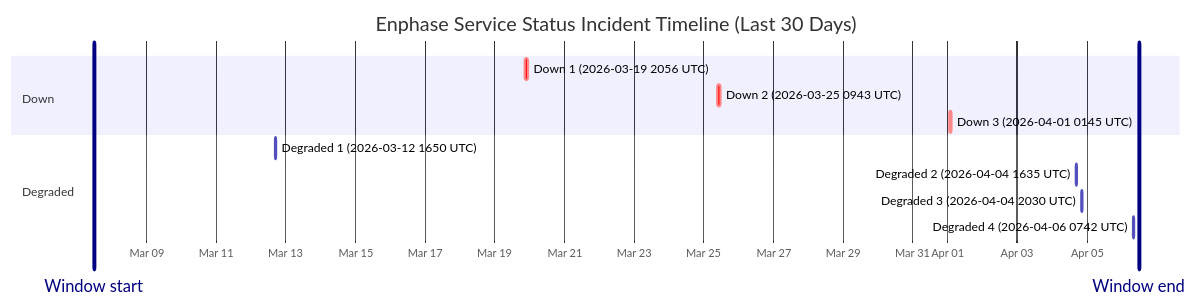
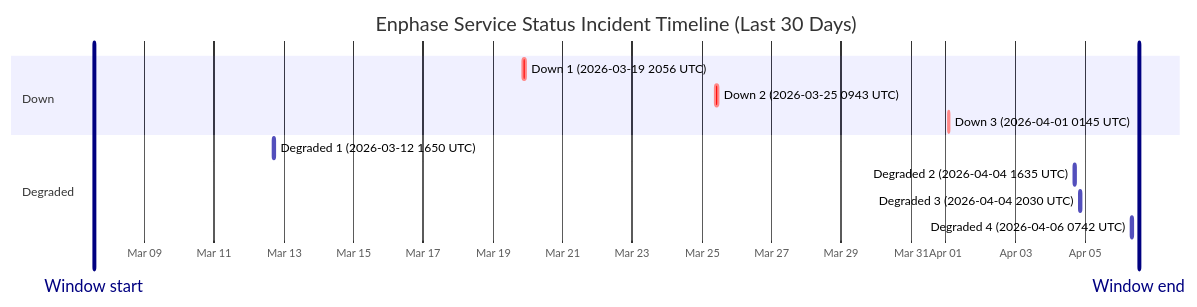
Before and after one commit to barneyonline/ha-enphase-ev-charger: the diagram in wiki/Service-Status-History.md, drawn with Mermaid. The commit also changed other lines of this file and 3 other files, not shown here.

````diff
--- a/wiki/Service-Status-History.md
+++ b/wiki/Service-Status-History.md
@@ -14,17 +14,17 @@
 ```mermaid
 gantt
     title Enphase Service Status Incident Timeline (Last 30 Days)
     dateFormat  YYYY-MM-DDTHH:mm:ss
     axisFormat  %b %d
-    Window start :vert, window-start, 2026-03-07T11:49:05, 0ms
-    Window end :vert, window-end, 2026-04-06T11:49:05, 0ms
+    Window start :vert, window-start, 2026-03-07T13:08:57, 0ms
+    Window end :vert, window-end, 2026-04-06T13:08:57, 0ms
     section Down
     Down 1 (2026-03-19 2056 UTC) :crit, down-1, 2026-03-19T20:56:20, 145m
     Down 2 (2026-03-25 0943 UTC) :crit, down-2, 2026-03-25T09:43:28, 111m
     Down 3 (2026-04-01 0145 UTC) :crit, down-3, 2026-04-01T01:45:09, 60m
     section Degraded
     Degraded 1 (2026-03-12 1650 UTC) :active, degraded-1, 2026-03-12T16:50:43, 60m
     Degraded 2 (2026-04-04 1635 UTC) :active, degraded-2, 2026-04-04T16:35:17, 60m
     Degraded 3 (2026-04-04 2030 UTC) :active, degraded-3, 2026-04-04T20:30:40, 60m
     Degraded 4 (2026-04-06 0742 UTC) :active, degraded-4, 2026-04-06T07:42:09, 85m
 ```
````
